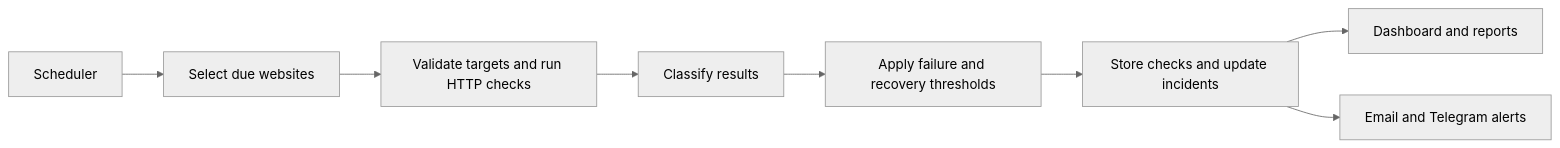
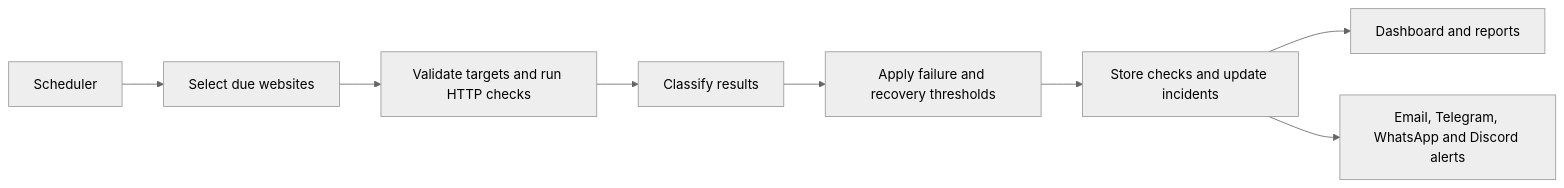
One commit to RabeetOffice/SiteWatch changed the diagram in README.md. Above: the diagram before and after it, drawn with Mermaid (neutral theme). The commit also changed other lines of this file and 16 other files, not shown here.

````diff
--- a/README.md
+++ b/README.md
@@ -131,10 +131,10 @@
 ```mermaid
 flowchart LR
     A[Scheduler] --> B[Select due websites]
     B --> C[Validate targets and run HTTP checks]
     C --> D[Classify results]
     D --> E[Apply failure and recovery thresholds]
     E --> F[Store checks and update incidents]
     F --> G[Dashboard and reports]
-    F --> H[Email and Telegram alerts]
+    F --> H[Email, Telegram, WhatsApp and Discord alerts]
 ```
````
